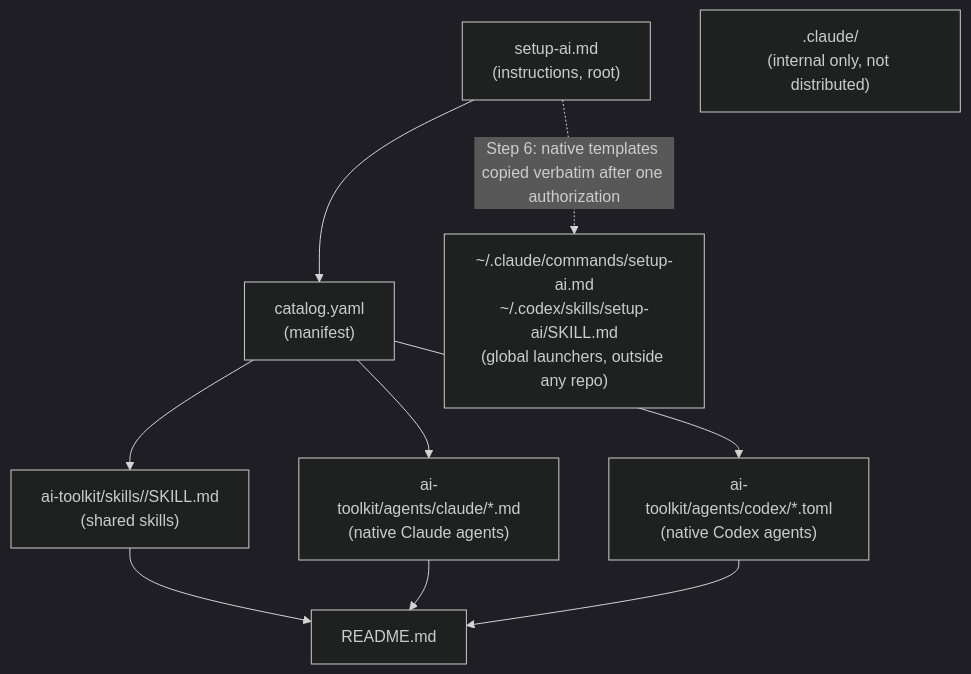
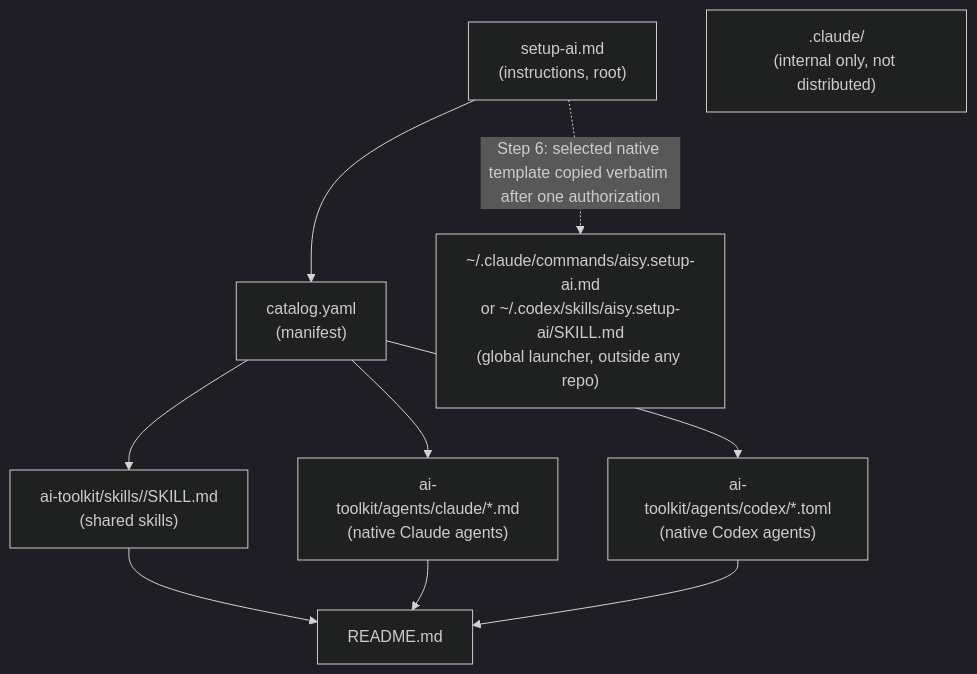
One commit to charlstown/my-aisy-toolkit changed the second of 3 diagrams in specs/tech-spec.md. Above: the diagram before and after it, drawn with Mermaid (dark theme). The commit also changed other lines of this file and 17 other files, not shown here.

````diff
--- a/specs/tech-spec.md
+++ b/specs/tech-spec.md
@@ -47,12 +47,12 @@
 ```mermaid
 flowchart TB
     SA["setup-ai.md<br/>(instructions, root)"] --> CAT["catalog.yaml<br/>(manifest)"]
     CAT --> SK["ai-toolkit/skills/<name>/SKILL.md<br/>(shared skills)"]
     CAT --> CA["ai-toolkit/agents/claude/*.md<br/>(native Claude agents)"]
     CAT --> CO["ai-toolkit/agents/codex/*.toml<br/>(native Codex agents)"]
     SK --> RM[README.md]
     CA --> RM
     CO --> RM
-    SA -.->|"Step 6: native templates copied verbatim after one authorization"| GL["~/.claude/commands/setup-ai.md<br/>~/.codex/skills/setup-ai/SKILL.md<br/>(global launchers, outside any repo)"]
+    SA -.->|"Step 6: selected native template copied verbatim after one authorization"| GL["~/.claude/commands/aisy.setup-ai.md<br/>or ~/.codex/skills/aisy.setup-ai/SKILL.md<br/>(global launcher, outside any repo)"]
     INT[".claude/<br/>(internal only, not distributed)"]
 ```
````
